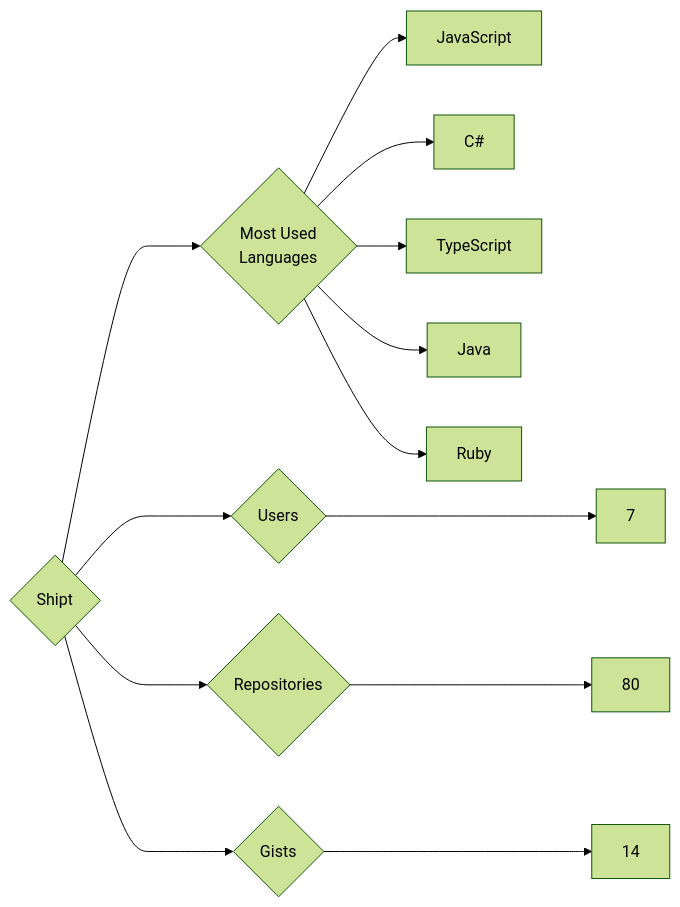
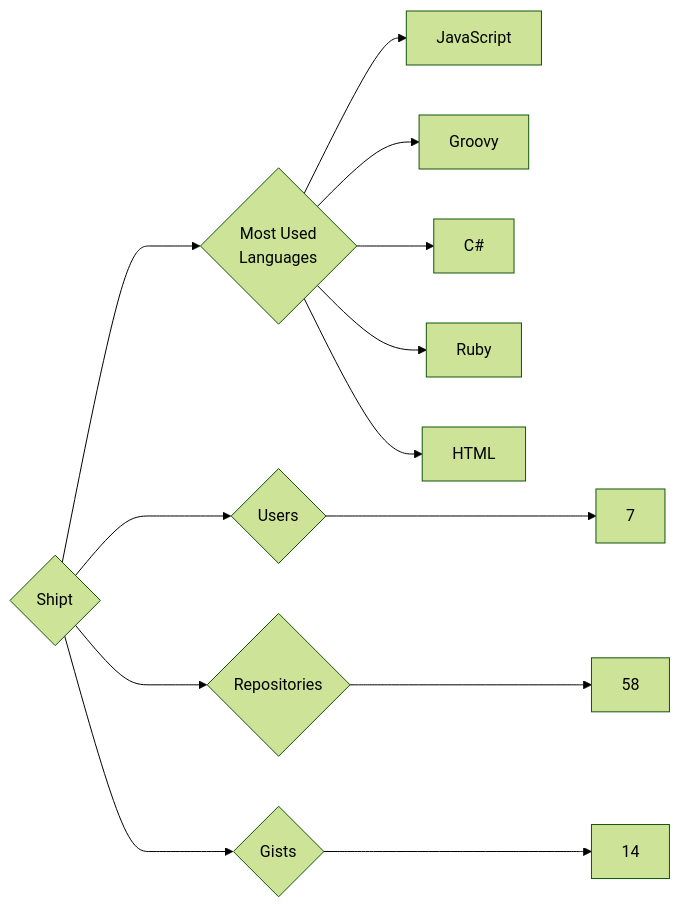
Before and after one commit to trickest/insiders: the diagram in targets/Shipt/README.md, drawn with Mermaid (forest theme). The commit also changed 1248 other files, not shown here.

````diff
--- a/targets/Shipt/README.md
+++ b/targets/Shipt/README.md
@@ -3,13 +3,13 @@
 ```mermaid
 graph LR
 COMPANY_NAME{Shipt}
 COMPANY_NAME ---> U{Users} ---> UN[7]
-COMPANY_NAME ---> R{Repositories} ---> RN[80]
+COMPANY_NAME ---> R{Repositories} ---> RN[58]
 COMPANY_NAME ---> G{Gists} ---> GN[14]
 COMPANY_NAME ---> ML{Most Used<br>Languages}
 ML --> JavaScript[JavaScript]
+ML --> Groovy[Groovy]
 ML --> C#[C#]
-ML --> TypeScript[TypeScript]
-ML --> Java[Java]
 ML --> Ruby[Ruby]
+ML --> HTML[HTML]
 ```
````
